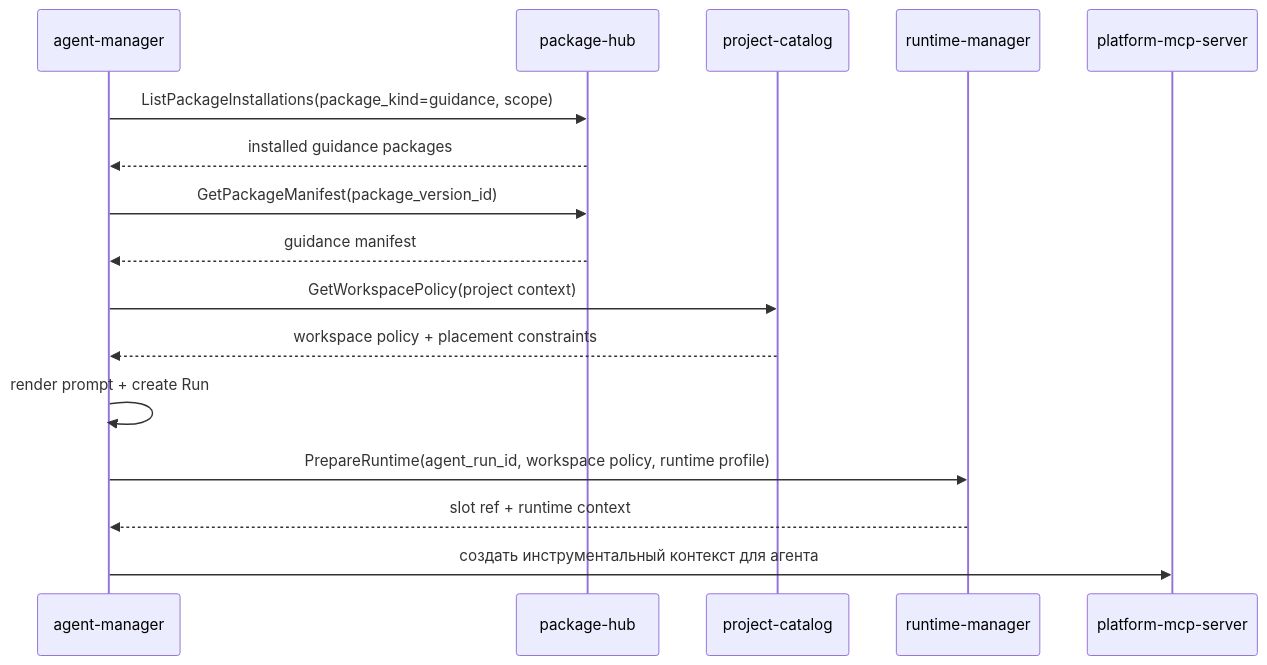
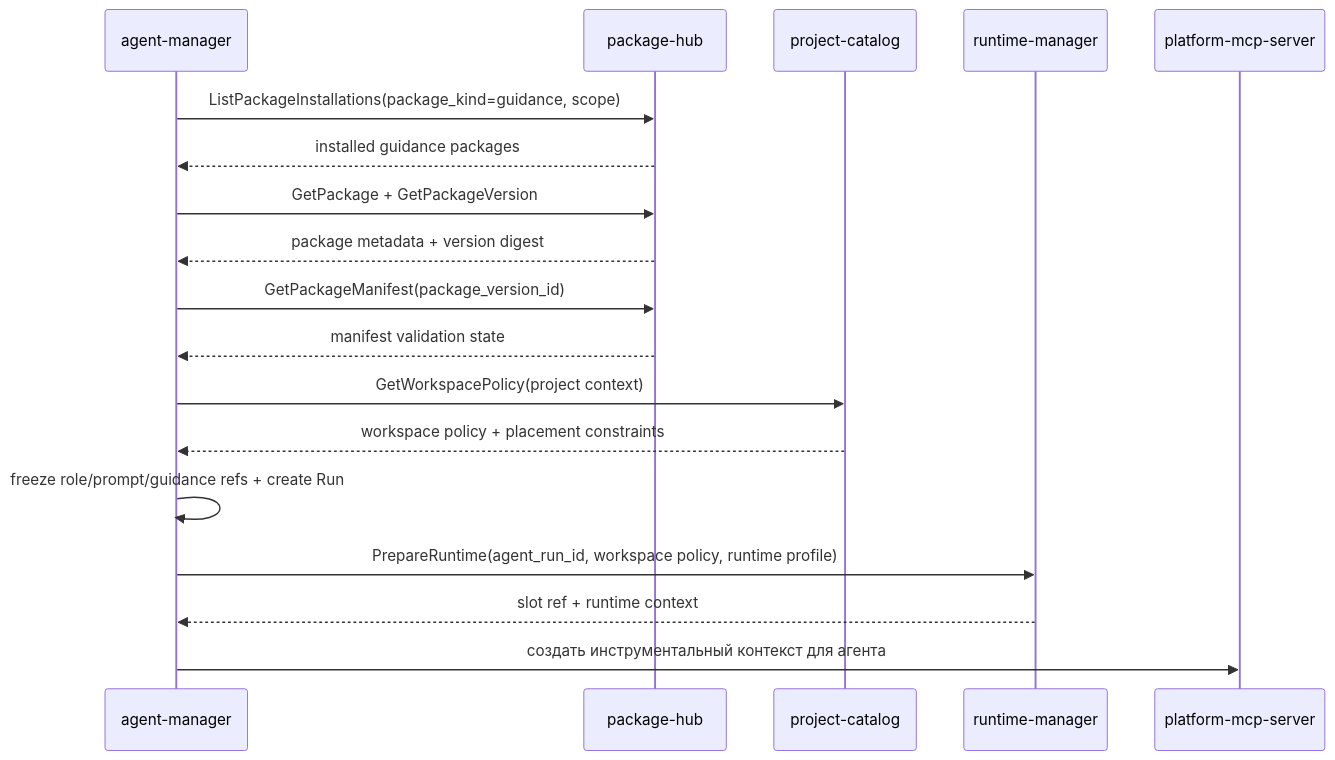
The second of 3 diagrams in docs/domains/agent-orchestration/architecture/design.md (codex-k8s/kodex), drawn with Mermaid before and after one commit. The commit also changed other lines of this file and 21 other files, not shown here.

````diff
--- a/docs/domains/agent-orchestration/architecture/design.md
+++ b/docs/domains/agent-orchestration/architecture/design.md
@@ -92,18 +92,20 @@
 ```mermaid
 sequenceDiagram
   participant AM as agent-manager
   participant PKG as package-hub
   participant PC as project-catalog
   participant R as runtime-manager
   participant MCP as platform-mcp-server
   AM->>PKG: ListPackageInstallations(package_kind=guidance, scope)
   PKG-->>AM: installed guidance packages
+  AM->>PKG: GetPackage + GetPackageVersion
+  PKG-->>AM: package metadata + version digest
   AM->>PKG: GetPackageManifest(package_version_id)
-  PKG-->>AM: guidance manifest
+  PKG-->>AM: manifest validation state
   AM->>PC: GetWorkspacePolicy(project context)
   PC-->>AM: workspace policy + placement constraints
-  AM->>AM: render prompt + create Run
+  AM->>AM: freeze role/prompt/guidance refs + create Run
   AM->>R: PrepareRuntime(agent_run_id, workspace policy, runtime profile)
   R-->>AM: slot ref + runtime context
   AM->>MCP: создать инструментальный контекст для агента
 ```
````
